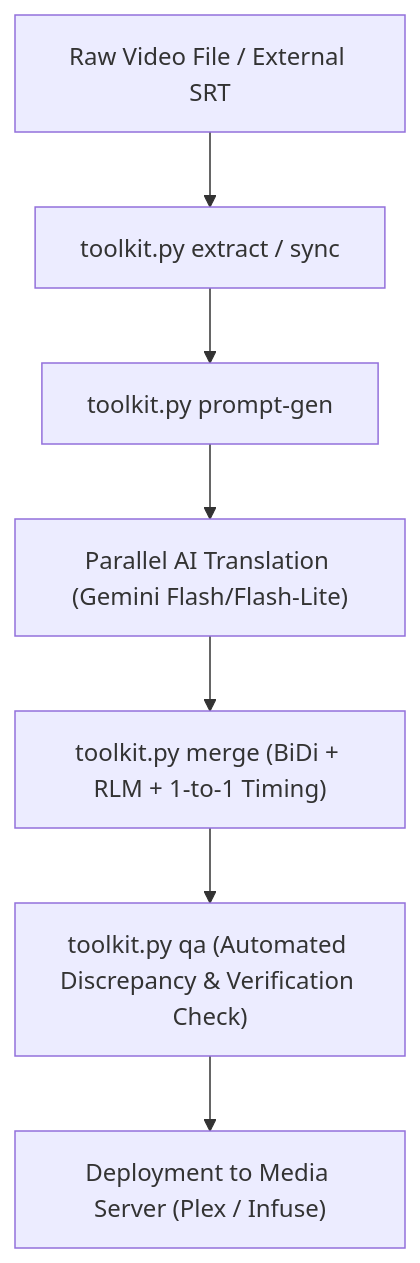
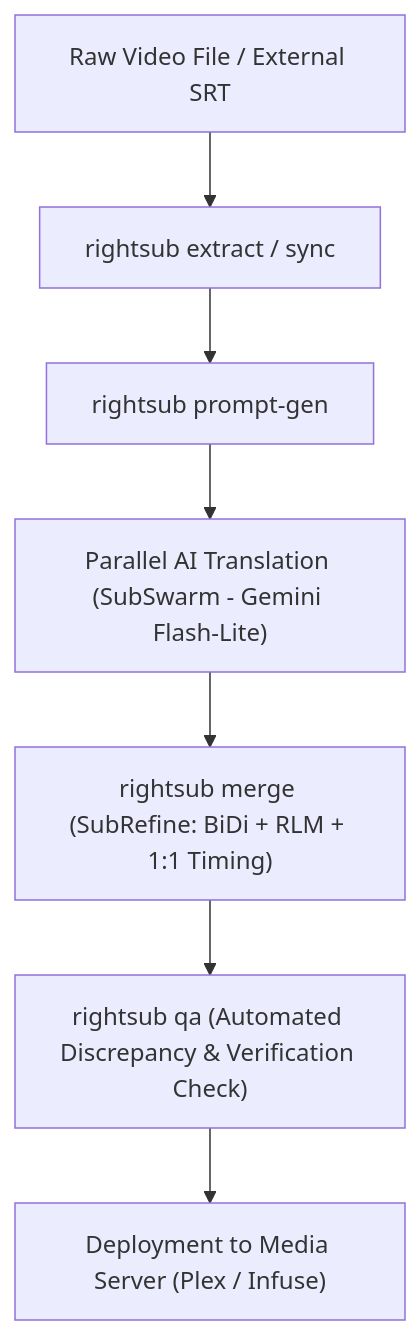
One commit to omerninyo/RightSub changed the diagram in docs/PIPELINE_WORKFLOW.md. Above: the diagram before and after it, drawn with Mermaid. The commit also changed other lines of this file and 10 other files, not shown here.

Commit message:
feat: Rebrand suite to RightSub with SubRefine engine and SubSwarm

````diff
--- a/docs/PIPELINE_WORKFLOW.md
+++ b/docs/PIPELINE_WORKFLOW.md
@@ -5,9 +5,9 @@
 ```mermaid
 graph TD
-    A["Raw Video File / External SRT"] --> B["toolkit.py extract / sync"]
-    B --> C["toolkit.py prompt-gen"]
-    C --> D["Parallel AI Translation (Gemini Flash/Flash-Lite)"]
-    D --> E["toolkit.py merge (BiDi + RLM + 1-to-1 Timing)"]
-    E --> F["toolkit.py qa (Automated Discrepancy & Verification Check)"]
+    A["Raw Video File / External SRT"] --> B["rightsub extract / sync"]
+    B --> C["rightsub prompt-gen"]
+    C --> D["Parallel AI Translation (SubSwarm - Gemini Flash-Lite)"]
+    D --> E["rightsub merge (SubRefine: BiDi + RLM + 1:1 Timing)"]
+    E --> F["rightsub qa (Automated Discrepancy & Verification Check)"]
     F --> G["Deployment to Media Server (Plex / Infuse)"]
 ```
````
